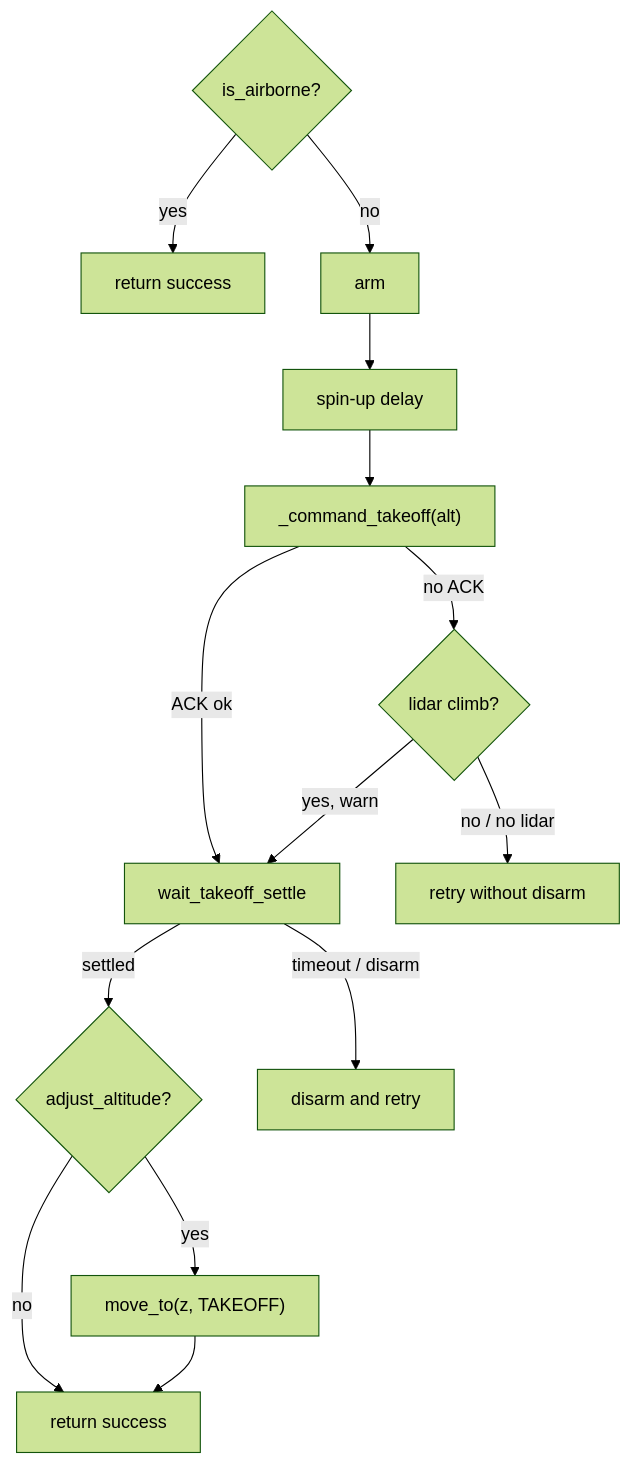
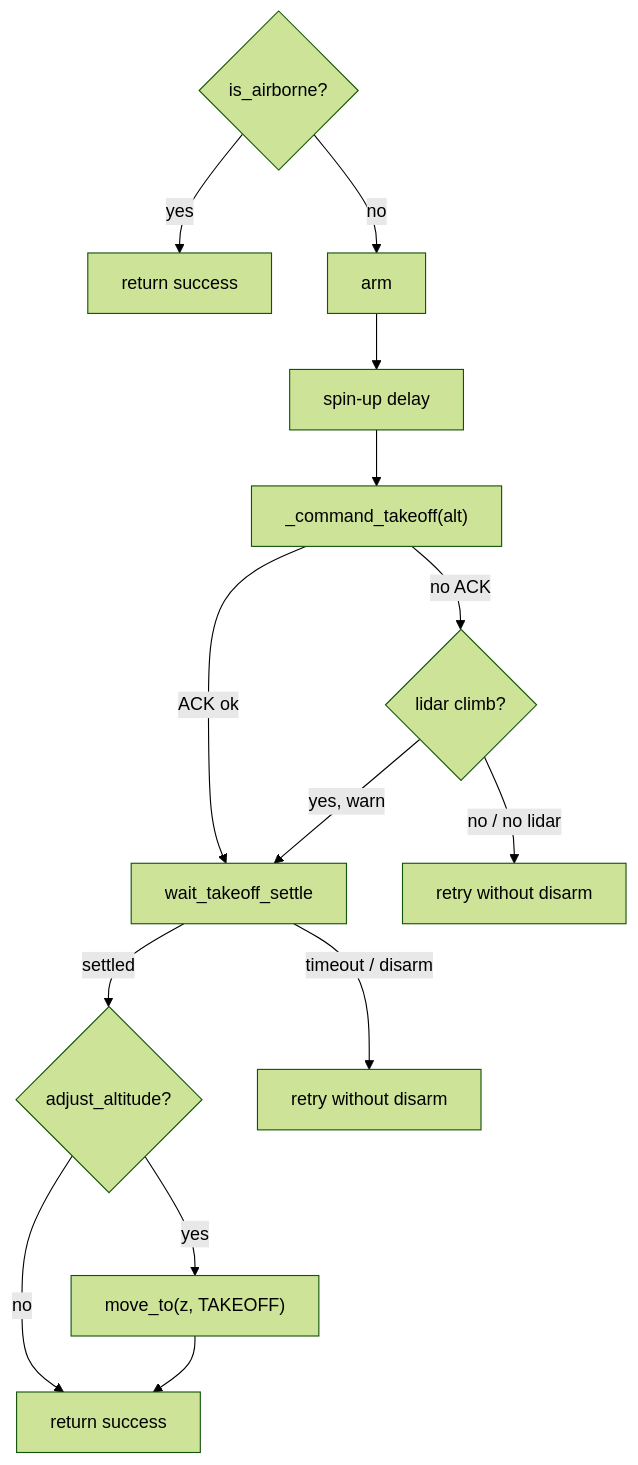
Before and after one commit to Black-Bee-Drones/nectar-sdk: the second of 5 diagrams in nectar/nectar/control/vehicle/README.md, drawn with Mermaid (forest theme). The commit also changed other lines of this file and 1 other file, not shown here.

Commit message:
fix(takeoff): never disarm between takeoff retries
Retry after a failed liftoff without disarming, matching the no-ACK
path. The vehicle is re-armed only if the FCU disarmed on its own.

````diff
--- a/nectar/nectar/control/vehicle/README.md
+++ b/nectar/nectar/control/vehicle/README.md
@@ -151,16 +151,16 @@
 ```mermaid
 flowchart TD
   T0{is_airborne?} -->|yes| TSkip[return success]
   T0 -->|no| T1[arm]
   T1 --> T2[spin-up delay]
   T2 --> T3["_command_takeoff(alt)"]
   T3 -->|ACK ok| T4[wait_takeoff_settle]
   T3 -->|no ACK| TL{lidar climb?}
   TL -->|yes, warn| T4
   TL -->|no / no lidar| TNoAck[retry without disarm]
   T4 -->|settled| T5{adjust_altitude?}
   T5 -->|yes| T6["move_to(z, TAKEOFF)"]
   T5 -->|no| TOk[return success]
   T6 --> TOk
-  T4 -->|timeout / disarm| TRetry[disarm and retry]
+  T4 -->|timeout / disarm| TRetry[retry without disarm]
 ```
````
